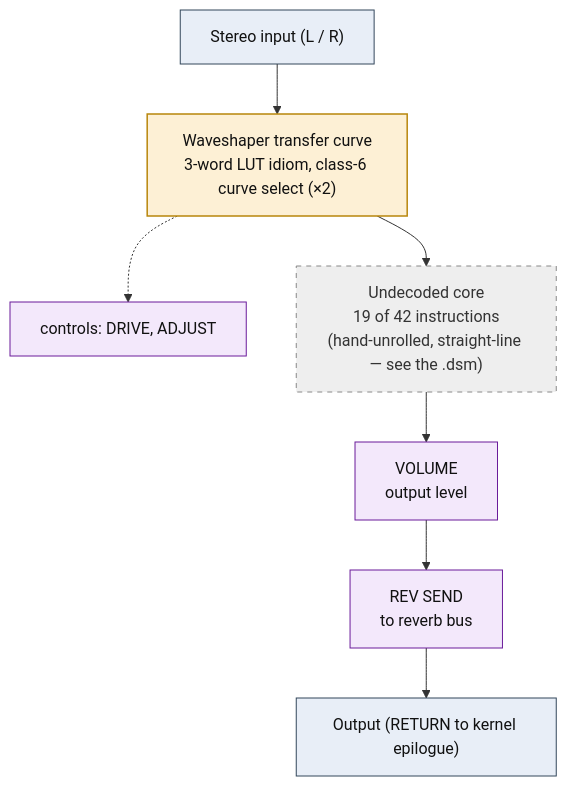
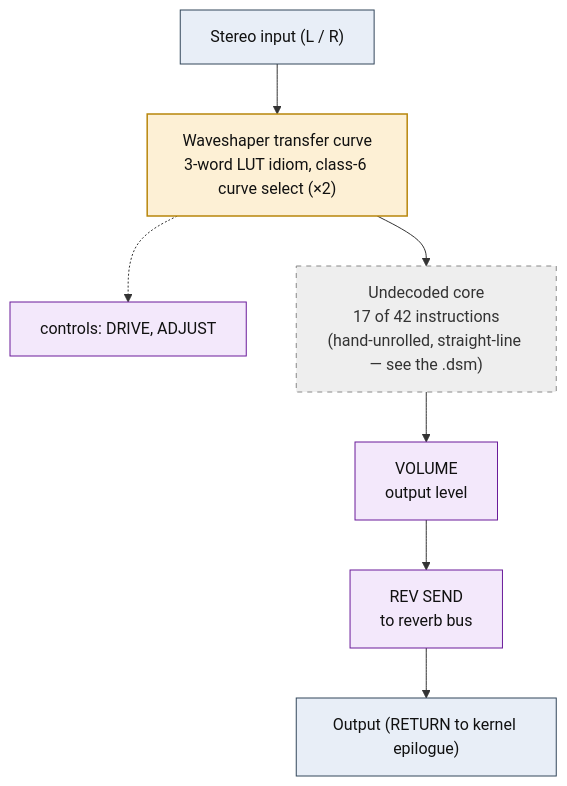
The diagram in dsp/flowcharts/prog32_distortion.md (ArqueologiaDigital/kn5000-roms-disasm), drawn with Mermaid before and after one commit. The commit also changed other lines of this file and 78 other files, not shown here.

````diff
--- a/dsp/flowcharts/prog32_distortion.md
+++ b/dsp/flowcharts/prog32_distortion.md
@@ -12,27 +12,27 @@
 ```mermaid
 flowchart TD
     N0["Stereo input (L / R)"]
     N1["Waveshaper transfer curve<br/>3-word LUT idiom, class-6 curve select (&times;2)"]
     N0 --> N1
     N2["controls: DRIVE, ADJUST"]
     N1 -.-> N2
-    N3["Undecoded core<br/>19 of 42 instructions<br/>(hand-unrolled, straight-line &mdash; see the .dsm)"]
+    N3["Undecoded core<br/>17 of 42 instructions<br/>(hand-unrolled, straight-line &mdash; see the .dsm)"]
     N1 --> N3
     N4["VOLUME<br/>output level"]
     N3 --> N4
     N5["REV SEND<br/>to reverb bus"]
     N4 --> N5
     N6["Output (RETURN to kernel epilogue)"]
     N5 --> N6
 
     classDef io fill:#e8eef7,stroke:#33475b,stroke-width:1px,color:#111;
     classDef proven fill:#d7f0d7,stroke:#2e7d32,stroke-width:2px,color:#111;
     classDef measured fill:#dbe9fb,stroke:#1565c0,stroke-width:1.5px,color:#111;
     classDef inferred fill:#fdf0d5,stroke:#b8860b,stroke-width:1.5px,color:#111;
     classDef open fill:#eeeeee,stroke:#888,stroke-width:1px,color:#333,stroke-dasharray:5 5;
     classDef ctrl fill:#f3e8fb,stroke:#6a1b9a,stroke-width:1px,color:#111;
     class N0,N6 io;
     class N1 inferred;
     class N2,N4,N5 ctrl;
     class N3 open;
 ```
````
